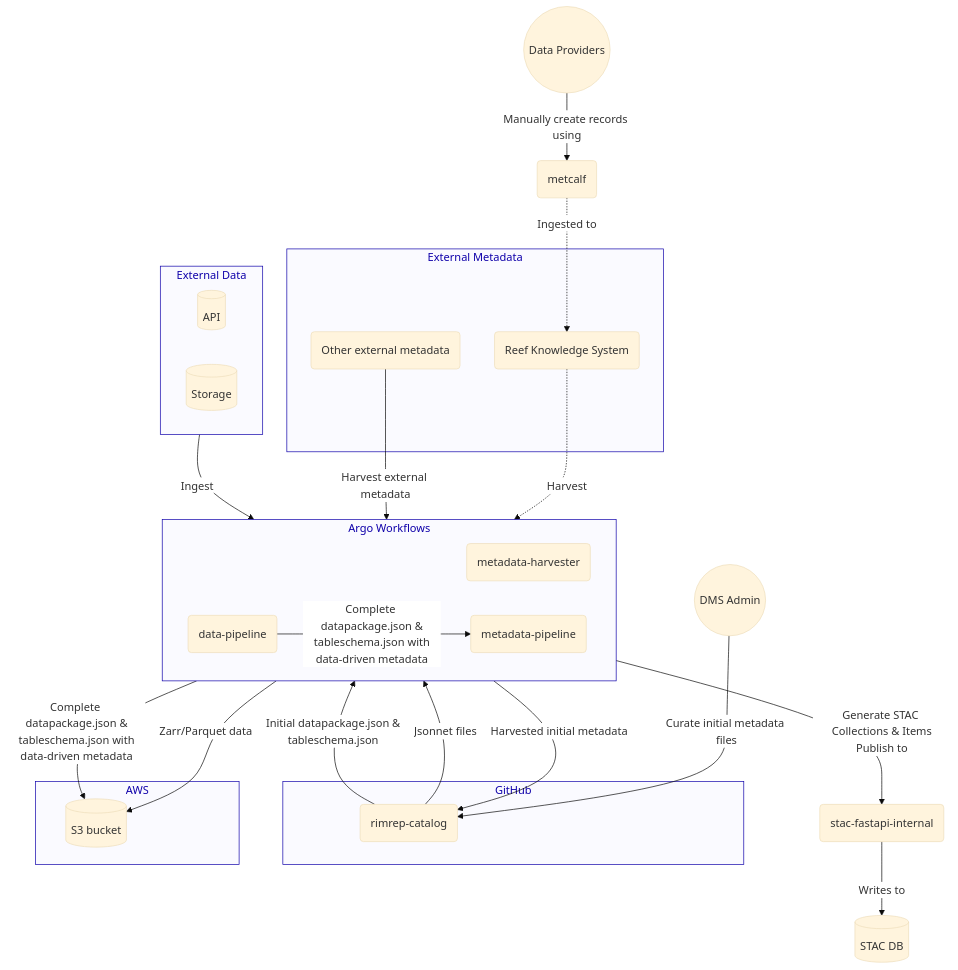
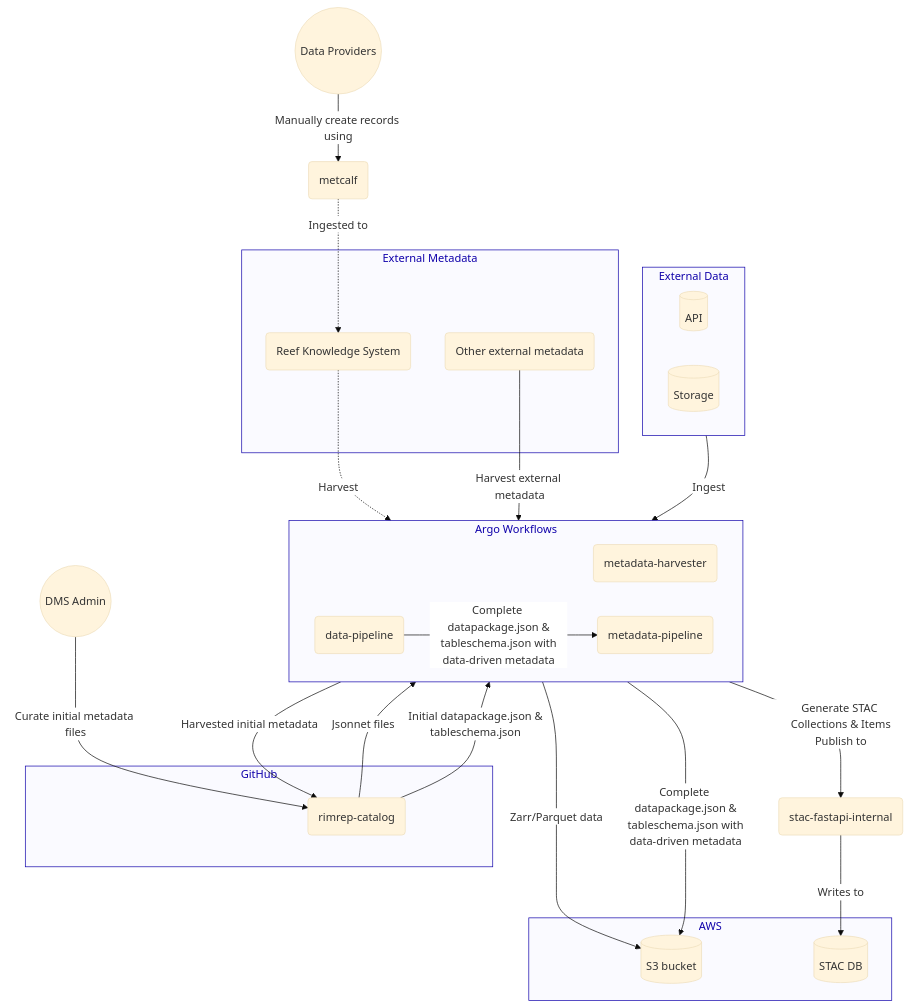
The second of 4 diagrams in docs/architecture/components/metadata-system.md (gbr-dms/rimrep-documentation), drawn with Mermaid before and after one commit. The commit also changed other lines of this file, not shown here.

````diff
--- a/docs/architecture/components/metadata-system.md
+++ b/docs/architecture/components/metadata-system.md
@@ -106,63 +106,63 @@
 ```mermaid
 %%{
   init: {
     'theme': 'base',
     'themeVariables': {
       'edgeLabelBackground': '#ffffff',
       'tertiaryTextColor': '#0f00aa',
       'clusterBkg': '#fafaff',
       'clusterBorder': '#0f00aa'
     }
   }
 }%%
 
 flowchart TB
   classDef red fill:#ffcccc,stroke:#ff0000;
 
   subgraph github["GitHub"]
     catalog(rimrep-catalog)
   end
 
   subgraph group_external_metadata["External Metadata"]
     rks(Reef Knowledge System)
     external_metadata(Other external metadata)
   end
 
   subgraph group_external_data["External Data"]
     external_data_api[(API)]
     external_data_storage[(Storage)]
   end
 
   subgraph pipeline["Argo Workflows"]
     direction LR
     metadata_harvester(metadata-harvester)
     metadata_workflow(metadata-pipeline)
     data_workflow(data-pipeline)
   end
 
   subgraph AWS["AWS"]
     s3[(S3 bucket)]
+    stac_db[(STAC DB)]
   end
 
   metadata_providers((Data Providers))
   metcalf(metcalf)
   rimrep_admin((DMS Admin))
-  stac_db[(STAC DB)]
   stac_fastapi_internal(stac-fastapi-internal)
 
   group_external_data ~~~ pipeline
 
   metadata_providers -->|Manually create records using| metcalf
   metcalf  -. Ingested to .-> rks
   rks -. Harvest .-> metadata_harvester
   external_metadata --> |Harvest external metadata| metadata_harvester
   metadata_harvester --> |Harvested initial metadata|catalog
   group_external_data -->|Ingest| data_workflow
   rimrep_admin -->|"Curate initial metadata files"| catalog
   catalog --> |Jsonnet files| metadata_workflow
   catalog --> |"Initial datapackage.json &<br> tableschema.json"| data_workflow
   metadata_workflow -->  |"Generate STAC Collections & Items<br>Publish to"|stac_fastapi_internal
   stac_fastapi_internal --> |Writes to| stac_db
   data_workflow --> |"Zarr/Parquet data"|s3
   data_workflow --> |"Complete datapackage.json &<br>tableschema.json with<br>data-driven metadata"|metadata_workflow & s3
 ```
````
